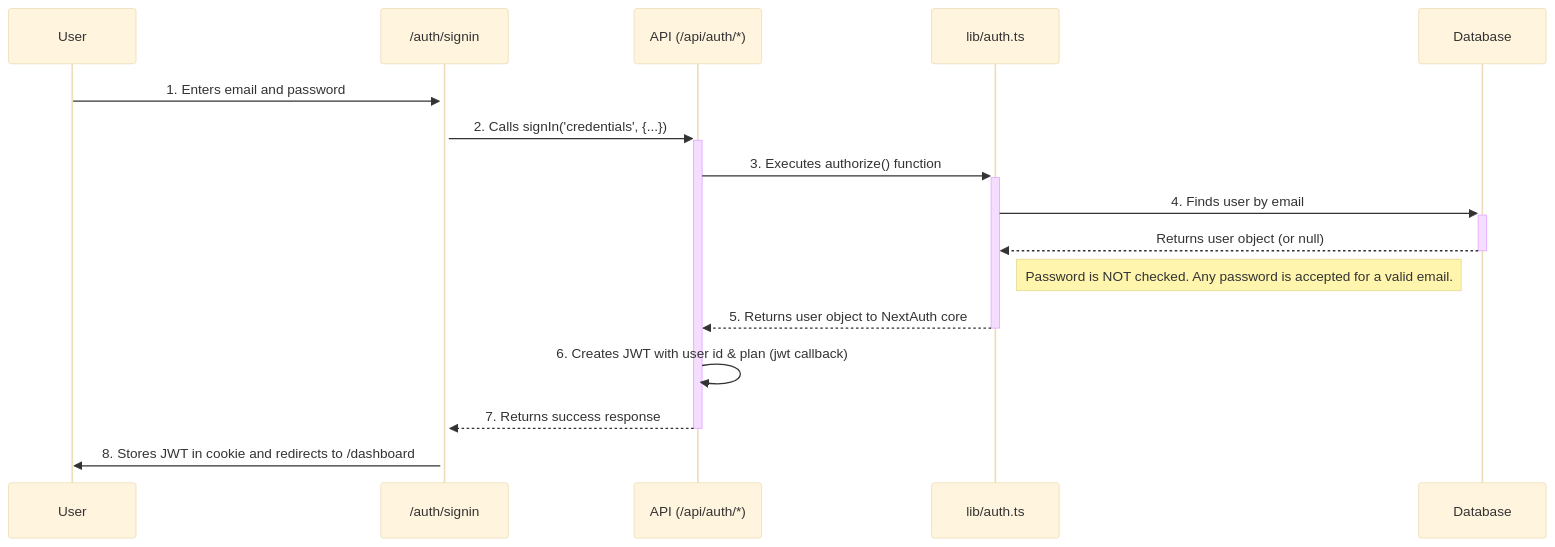
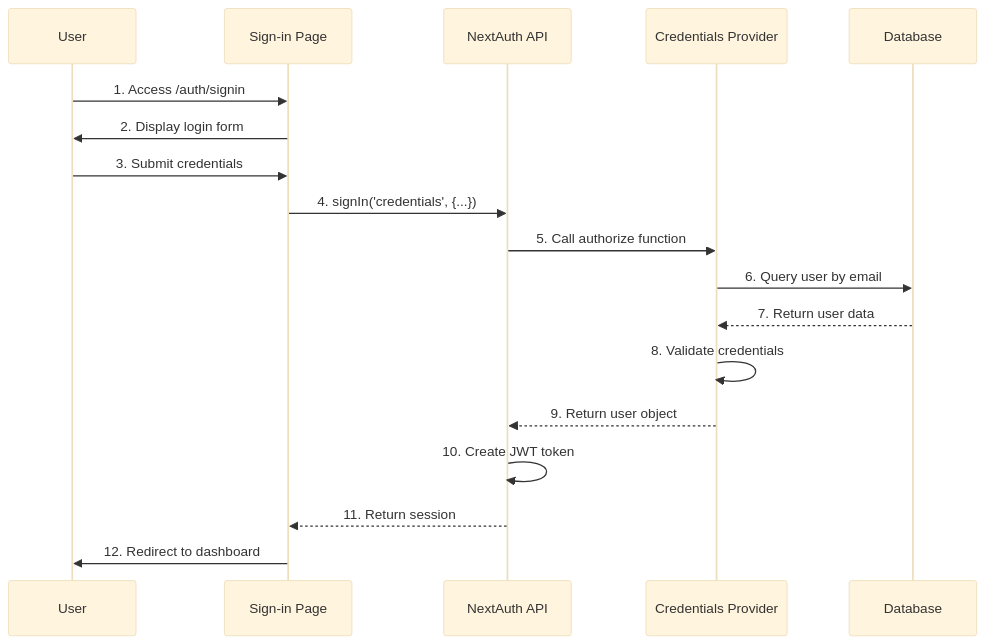
One commit to freelancing-solutions/Linkshield changed the second of 3 diagrams in docs/auth_flow.md. Above: the diagram before and after it, drawn with Mermaid (base theme). The commit also changed other lines of this file and 13 other files, not shown here.

````diff
--- a/docs/auth_flow.md
+++ b/docs/auth_flow.md
@@ -19,21 +62,21 @@
 ```mermaid
 sequenceDiagram
     participant User
-    participant SignInPage as /auth/signin
-    participant NextAuth as API (/api/auth/*)
-    participant AuthConfig as lib/auth.ts
-    participant Database
-
-    User->>+SignInPage: 1. Enters email and password
-    SignInPage->>+NextAuth: 2. Calls signIn('credentials', {...})
-    NextAuth->>+AuthConfig: 3. Executes authorize() function
-    AuthConfig->>+Database: 4. Finds user by email
-    Database-->>-AuthConfig: Returns user object (or null)
+    participant Frontend as Sign-in Page
+    participant NextAuth as NextAuth API
+    participant Provider as Credentials Provider
+    participant DB as Database
     
-    Note right of AuthConfig: Password is NOT checked. Any password is accepted for a valid email.
-
-    AuthConfig-->>-NextAuth: 5. Returns user object to NextAuth core
-    NextAuth->>NextAuth: 6. Creates JWT with user id & plan (jwt callback)
-    NextAuth-->>-SignInPage: 7. Returns success response
-    SignInPage->>User: 8. Stores JWT in cookie and redirects to /dashboard
+    User->>Frontend: 1. Access /auth/signin
+    Frontend->>User: 2. Display login form
+    User->>Frontend: 3. Submit credentials
+    Frontend->>NextAuth: 4. signIn('credentials', {...})
+    NextAuth->>Provider: 5. Call authorize function
+    Provider->>DB: 6. Query user by email
+    DB-->>Provider: 7. Return user data
+    Provider->>Provider: 8. Validate credentials
+    Provider-->>NextAuth: 9. Return user object
+    NextAuth->>NextAuth: 10. Create JWT token
+    NextAuth-->>Frontend: 11. Return session
+    Frontend->>User: 12. Redirect to dashboard
 ```
````
